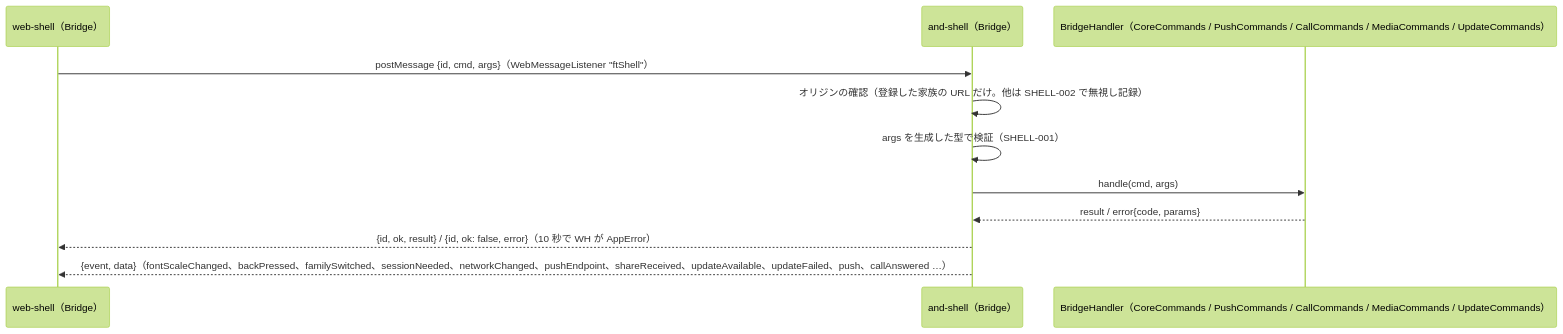
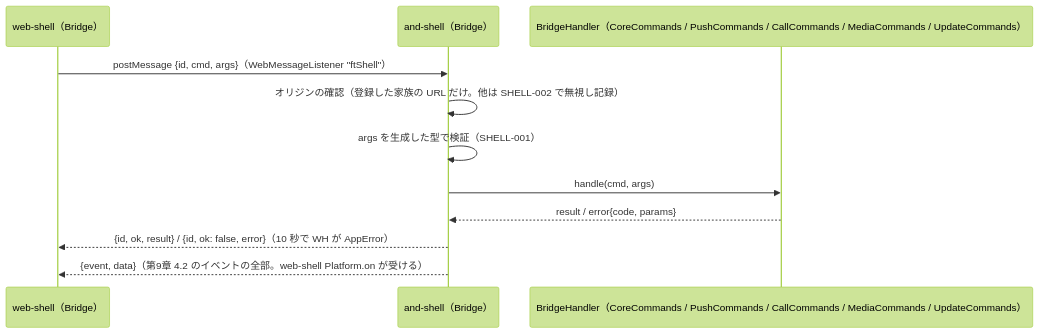
One commit to nrsd-ishikawasou/family-talk-pwa changed the second of 5 diagrams in dev/docs/jp/シーケンス/14_Androidのシェル.md. Above: the diagram before and after it, drawn with Mermaid (forest theme). The commit also changed other lines of this file and 290 other files, not shown here.

````diff
--- a/dev/docs/jp/シーケンス/14_Androidのシェル.md
+++ b/dev/docs/jp/シーケンス/14_Androidのシェル.md
@@ -41,13 +51,13 @@
 ```mermaid
 sequenceDiagram
   participant WH as web-shell（Bridge）
   participant AS as and-shell（Bridge）
   participant H as BridgeHandler（CoreCommands / PushCommands / CallCommands / MediaCommands / UpdateCommands）
   WH->>AS: postMessage {id, cmd, args}（WebMessageListener "ftShell"）
   AS->>AS: オリジンの確認（登録した家族の URL だけ。他は SHELL-002 で無視し記録）
   AS->>AS: args を生成した型で検証（SHELL-001）
   AS->>H: handle(cmd, args)
   H-->>AS: result / error{code, params}
   AS-->>WH: {id, ok, result} / {id, ok: false, error}（10 秒で WH が AppError）
-  AS-->>WH: {event, data}（fontScaleChanged、backPressed、familySwitched、sessionNeeded、networkChanged、pushEndpoint、shareReceived、updateAvailable、updateFailed、push、callAnswered …）
+  AS-->>WH: {event, data}（第9章 4.2 のイベントの全部。web-shell Platform.on が受ける）
 ```
````
